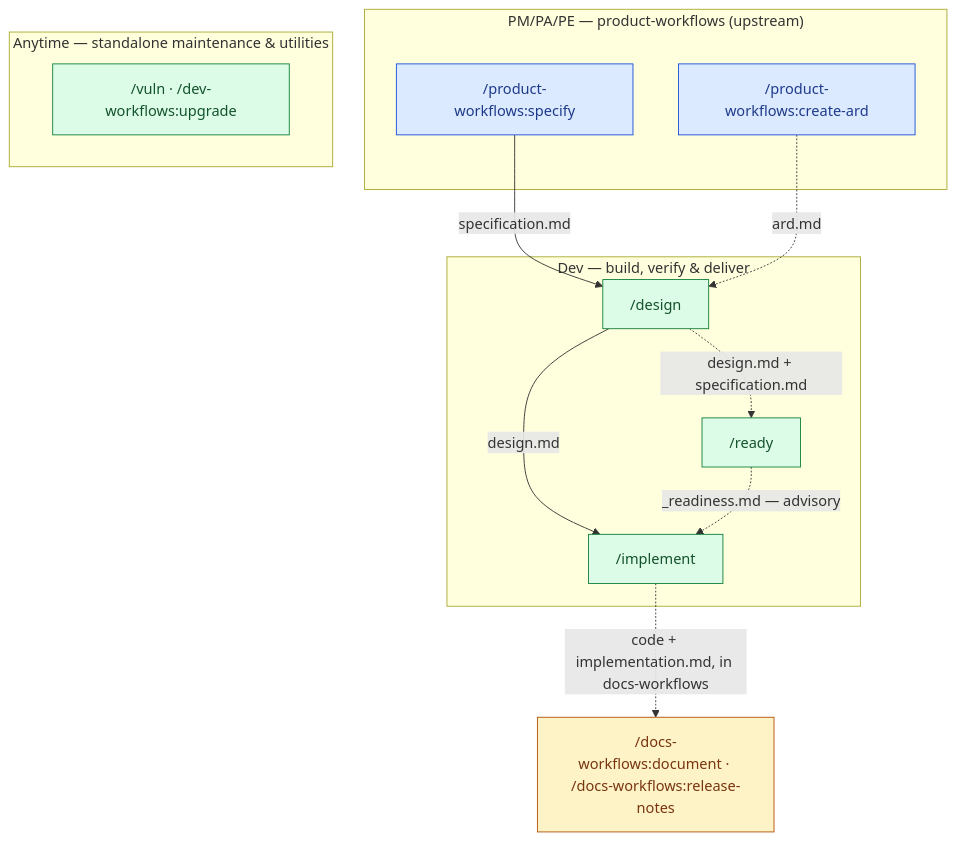
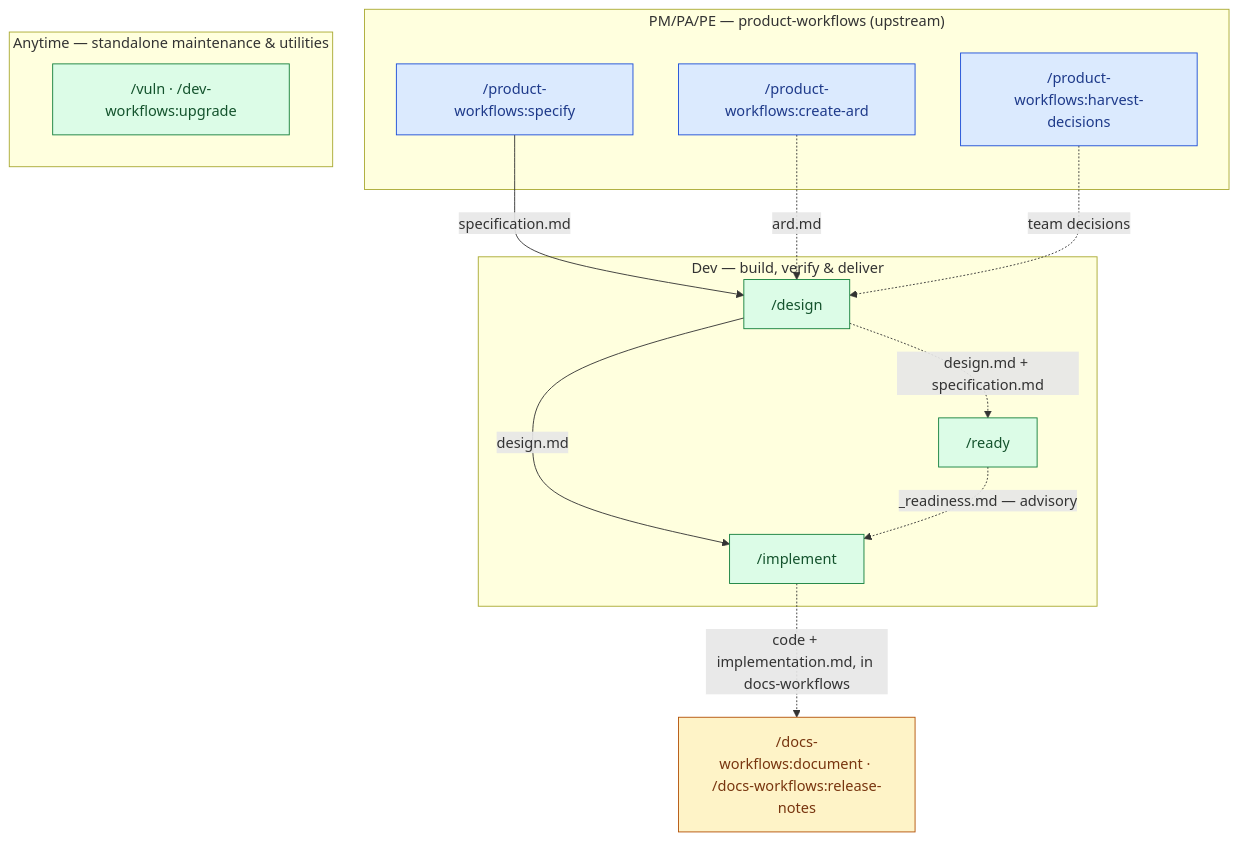
One commit to ihudak/ai-workflows changed the diagram in plugins/dev-workflows/docs/workflow.md. Above: the diagram before and after it, drawn with Mermaid. The commit also changed other lines of this file and 7 other files, not shown here.

First line of the commit message:
fix(architecture grounding): review round 2 — radar-absent spec conflicts, the design baseline opens its section, aiw diagram/agents/rules/getting-started

````diff
--- a/plugins/dev-workflows/docs/workflow.md
+++ b/plugins/dev-workflows/docs/workflow.md
@@ -5,24 +5,26 @@
 ```mermaid
 flowchart TD
     subgraph PMPRD["PM/PA/PE — product-workflows (upstream)"]
         specify["/product-workflows:specify"]:::prod
         createard["/product-workflows:create-ard"]:::prod
+        harvest["/product-workflows:harvest-decisions"]:::prod
     end
     subgraph DEV["Dev — build, verify & deliver"]
         design["/design"]:::dev -->|design.md| implement["/implement"]:::dev
         ready["/ready"]:::dev
     end
     subgraph ANY["Anytime — standalone maintenance & utilities"]
         maint["/vuln · /dev-workflows:upgrade"]:::dev
     end
 
     specify -->|specification.md| design
     createard -.->|ard.md| design
+    harvest -.->|team decisions| design
     design -.->|design.md + specification.md| ready
     ready -.->|_readiness.md — advisory| implement
     implement -.->|code + implementation.md, in docs-workflows| docsplugin["/docs-workflows:document · /docs-workflows:release-notes"]:::docs
 
     classDef prod fill:#dbeafe,stroke:#1d4ed8,color:#1e3a8a
     classDef dev fill:#dcfce7,stroke:#15803d,color:#14532d
     classDef docs fill:#fef3c7,stroke:#b45309,color:#78350f
 ```
````
